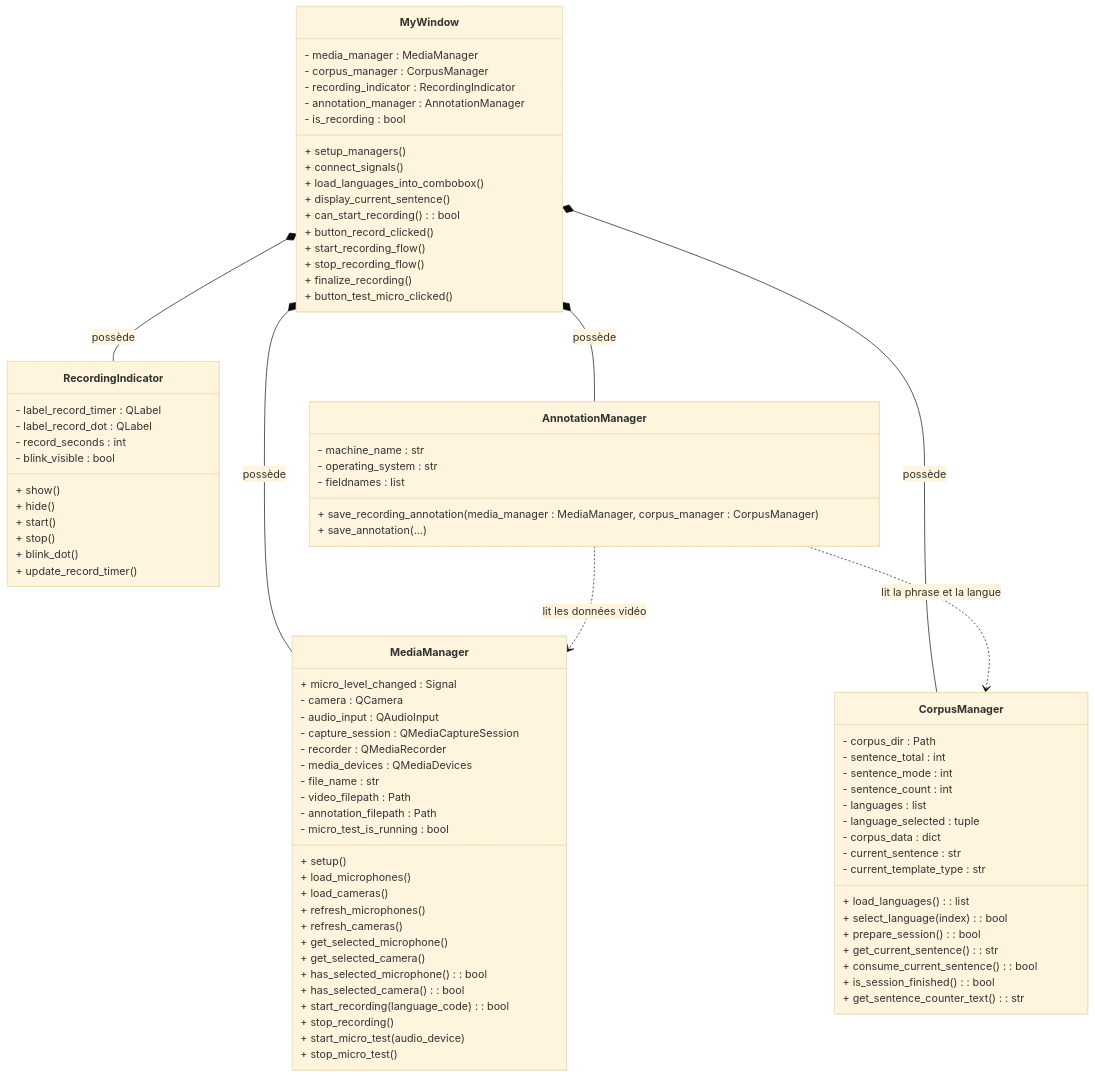
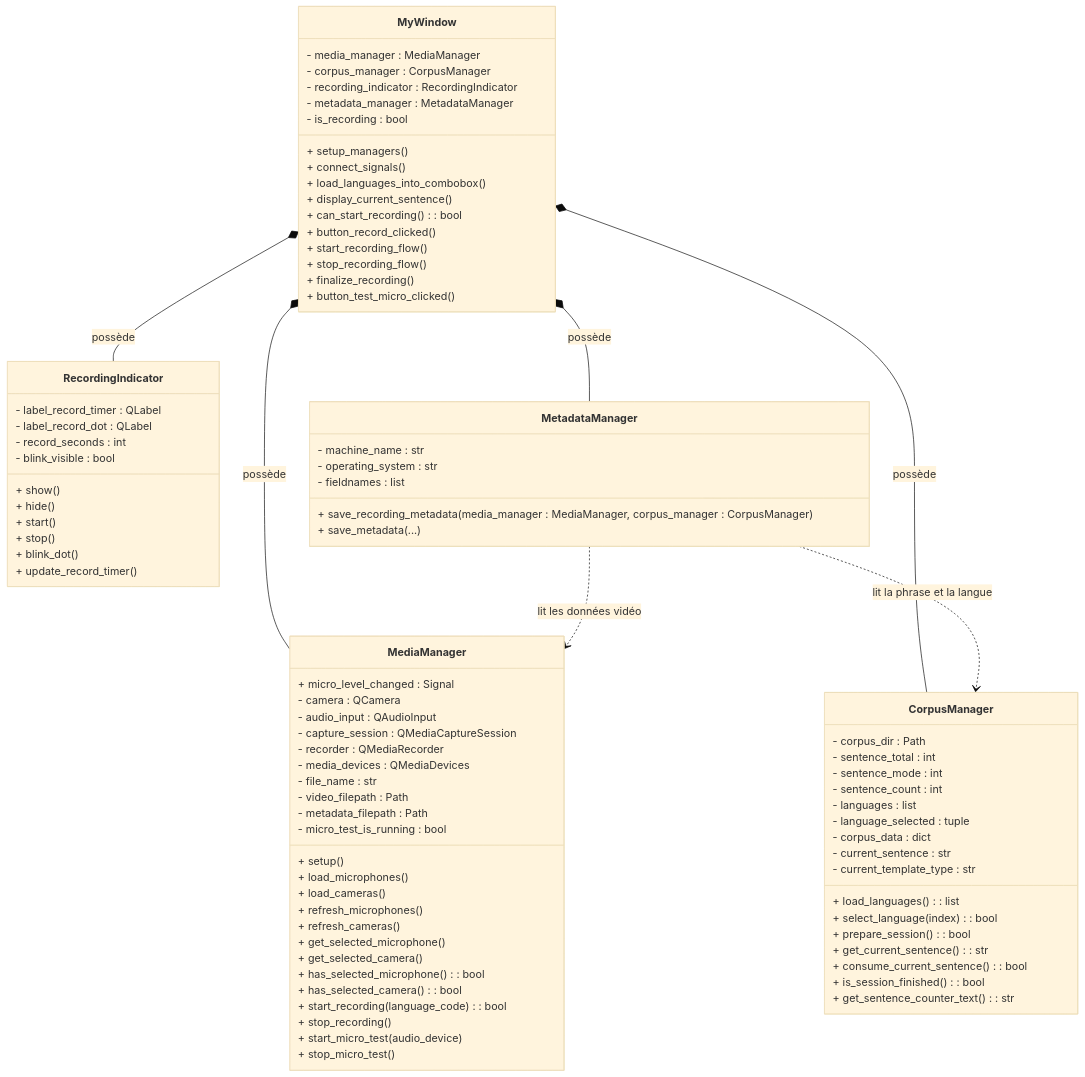
The second of 2 diagrams in acquisition/README.md (Yoan-Lespessailles/acquisition_donnees), drawn with Mermaid (base theme) before and after one commit. The commit also changed other lines of this file and 6 other files, not shown here.

Commit message:
Remplacement de 'annotation' par 'metadata'

````diff
--- a/acquisition/README.md
+++ b/acquisition/README.md
@@ -58,7 +58,7 @@
         - media_manager : MediaManager
         - corpus_manager : CorpusManager
         - recording_indicator : RecordingIndicator
-        - annotation_manager : AnnotationManager
+        - metadata_manager : MetadataManager
         - is_recording : bool
 
         + setup_managers()
@@ -84,7 +84,7 @@
 
         - file_name : str
         - video_filepath : Path
-        - annotation_filepath : Path
+        - metadata_filepath : Path
         - micro_test_is_running : bool
 
         + setup()
@@ -136,20 +136,20 @@
         + update_record_timer()
     }
 
-    class AnnotationManager {
+    class MetadataManager {
         - machine_name : str
         - operating_system : str
         - fieldnames : list
 
-        + save_recording_annotation(media_manager : MediaManager, corpus_manager : CorpusManager)
-        + save_annotation(...)
+        + save_recording_metadata(media_manager : MediaManager, corpus_manager : CorpusManager)
+        + save_metadata(...)
     }
 
     MyWindow *-- MediaManager : possède
     MyWindow *-- CorpusManager : possède
     MyWindow *-- RecordingIndicator : possède
-    MyWindow *-- AnnotationManager : possède
+    MyWindow *-- MetadataManager : possède
 
-    AnnotationManager ..> MediaManager : lit les données vidéo
-    AnnotationManager ..> CorpusManager : lit la phrase et la langue
+    MetadataManager ..> MediaManager : lit les données vidéo
+    MetadataManager ..> CorpusManager : lit la phrase et la langue
 ```
````
